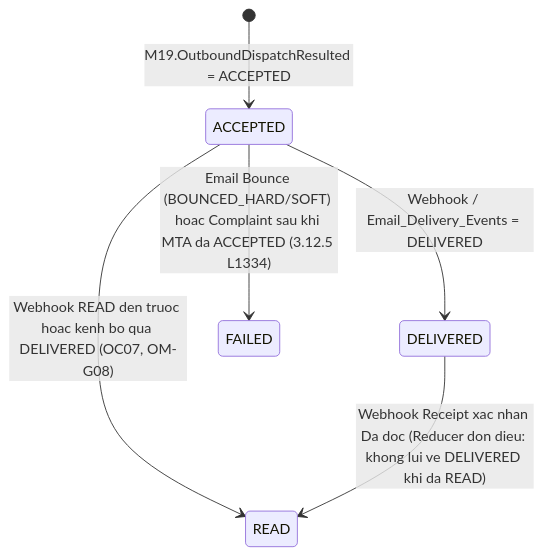
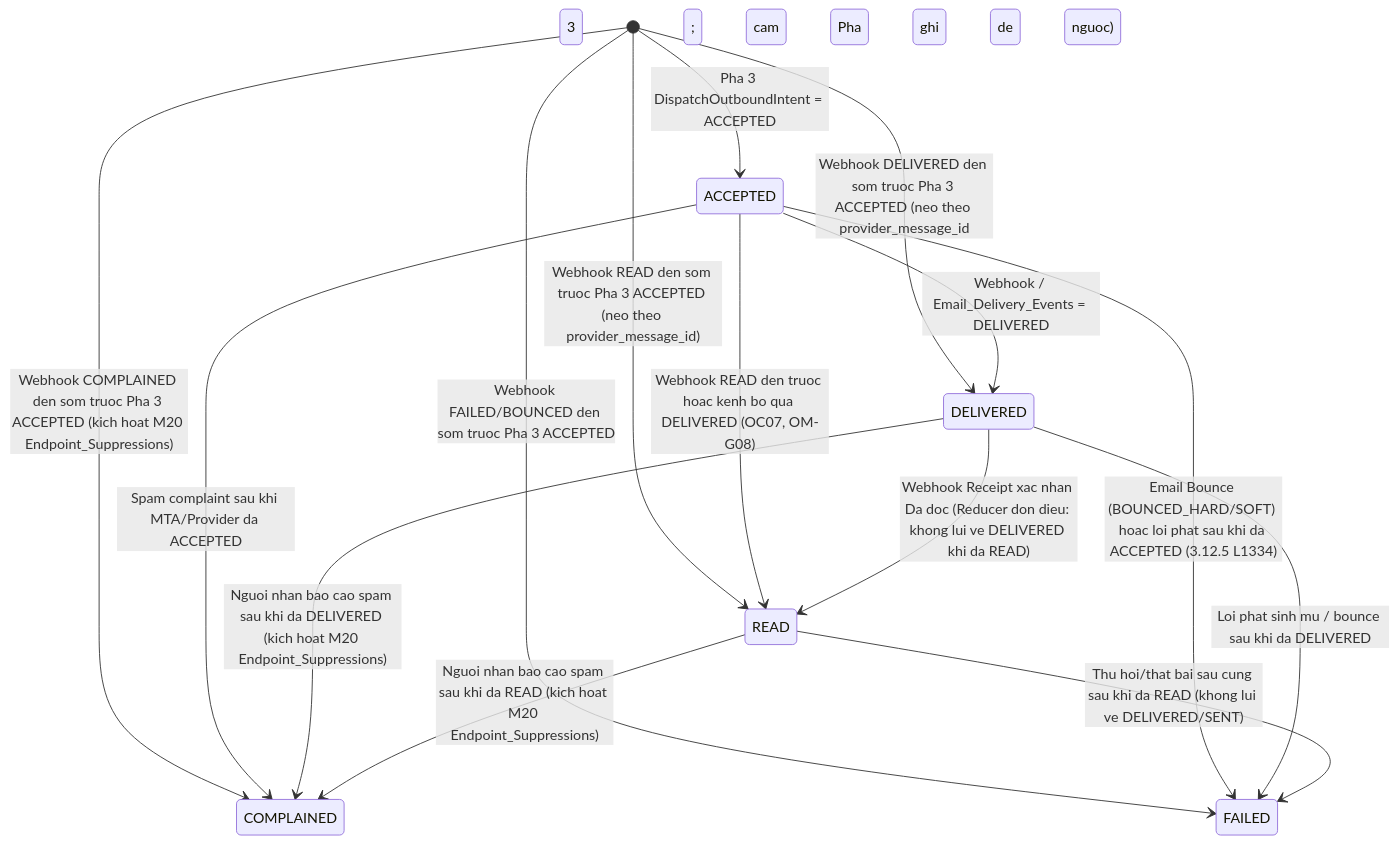
Before and after one commit to thuanmartech-dotcom/crm-marketing: the fourth of 5 diagrams in 02-specs/modules/M19-INTEGRATION-ADAPTERS-OUTBOX.md, drawn with Mermaid. The commit also changed other lines of this file and 48 other files, not shown here.

````diff
--- a/02-specs/modules/M19-INTEGRATION-ADAPTERS-OUTBOX.md
+++ b/02-specs/modules/M19-INTEGRATION-ADAPTERS-OUTBOX.md
@@ -183,8 +192,17 @@
 ```mermaid
 stateDiagram-v2
-    [*] --> ACCEPTED : M19.OutboundDispatchResulted = ACCEPTED
+    [*] --> ACCEPTED : Pha 3 DispatchOutboundIntent = ACCEPTED
+    [*] --> DELIVERED : Webhook DELIVERED den som truoc Pha 3 ACCEPTED (neo theo provider_message_id; cam Pha 3 ghi de nguoc)
+    [*] --> READ : Webhook READ den som truoc Pha 3 ACCEPTED (neo theo provider_message_id)
+    [*] --> COMPLAINED : Webhook COMPLAINED den som truoc Pha 3 ACCEPTED (kich hoat M20 Endpoint_Suppressions)
+    [*] --> FAILED : Webhook FAILED/BOUNCED den som truoc Pha 3 ACCEPTED
     ACCEPTED --> DELIVERED : Webhook / Email_Delivery_Events = DELIVERED
     ACCEPTED --> READ : Webhook READ den truoc hoac kenh bo qua DELIVERED (OC07, OM-G08)
-    ACCEPTED --> FAILED : Email Bounce (BOUNCED_HARD/SOFT) hoac Complaint sau khi MTA da ACCEPTED (3.12.5 L1334)
+    ACCEPTED --> COMPLAINED : Spam complaint sau khi MTA/Provider da ACCEPTED
+    ACCEPTED --> FAILED : Email Bounce (BOUNCED_HARD/SOFT) hoac loi phat sau khi da ACCEPTED (3.12.5 L1334)
     DELIVERED --> READ : Webhook Receipt xac nhan Da doc (Reducer don dieu: khong lui ve DELIVERED khi da READ)
+    DELIVERED --> COMPLAINED : Nguoi nhan bao cao spam sau khi da DELIVERED (kich hoat M20 Endpoint_Suppressions)
+    DELIVERED --> FAILED : Loi phat sinh mu / bounce sau khi da DELIVERED
+    READ --> COMPLAINED : Nguoi nhan bao cao spam sau khi da READ (kich hoat M20 Endpoint_Suppressions)
+    READ --> FAILED : Thu hoi/that bai sau cung sau khi da READ (khong lui ve DELIVERED/SENT)
 ```
````
